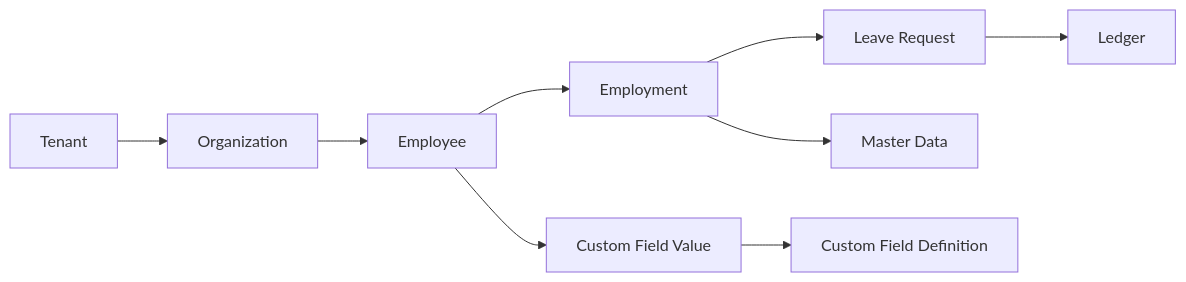
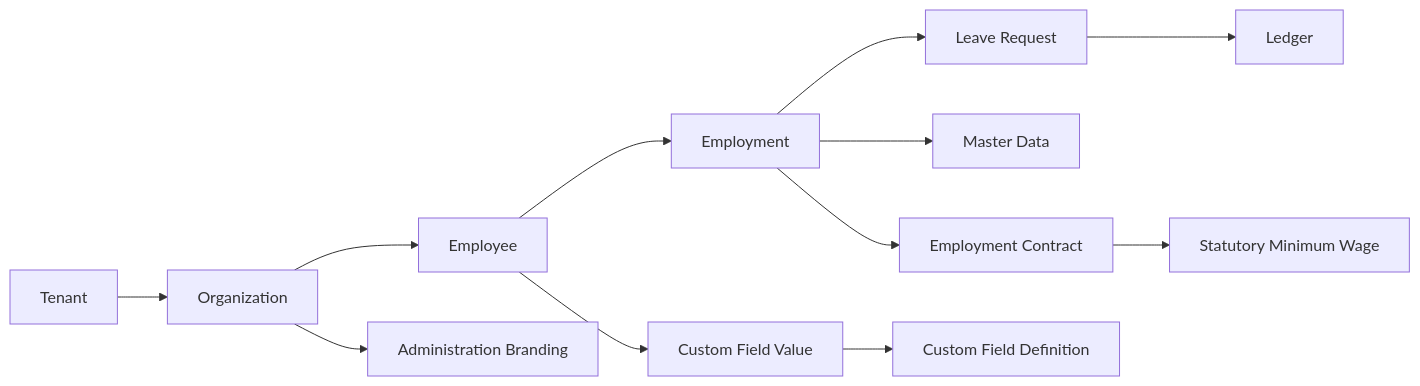
One commit to EdwinCycling/LiquidHR changed the ninth of 9 diagrams in .qoder/repowiki/en/content/Technical Implementation/Database Design/Database Design.md. Above: the diagram before and after it, drawn with Mermaid. The commit also changed other lines of this file and 73 other files, not shown here.

````diff
--- a/.qoder/repowiki/en/content/Technical Implementation/Database Design/Database Design.md
+++ b/.qoder/repowiki/en/content/Technical Implementation/Database Design/Database Design.md
@@ -475,11 +587,14 @@
 ```mermaid
 graph LR
 TENANT["Tenant"] --> ORG["Organization"]
 ORG --> EMP["Employee"]
 EMP --> EMPLOY["Employment"]
 EMPLOY --> LEAVE_REQ["Leave Request"]
 LEAVE_REQ --> LEDGER["Ledger"]
 EMP --> CF_VAL["Custom Field Value"]
 CF_VAL --> CF_DEF["Custom Field Definition"]
 EMPLOY --> MASTER["Master Data"]
+EMPLOY --> CONTRACT["Employment Contract"]
+CONTRACT --> MIN_WAGE["Statutory Minimum Wage"]
+ORG --> BRANDING["Administration Branding"]
 ```
````
